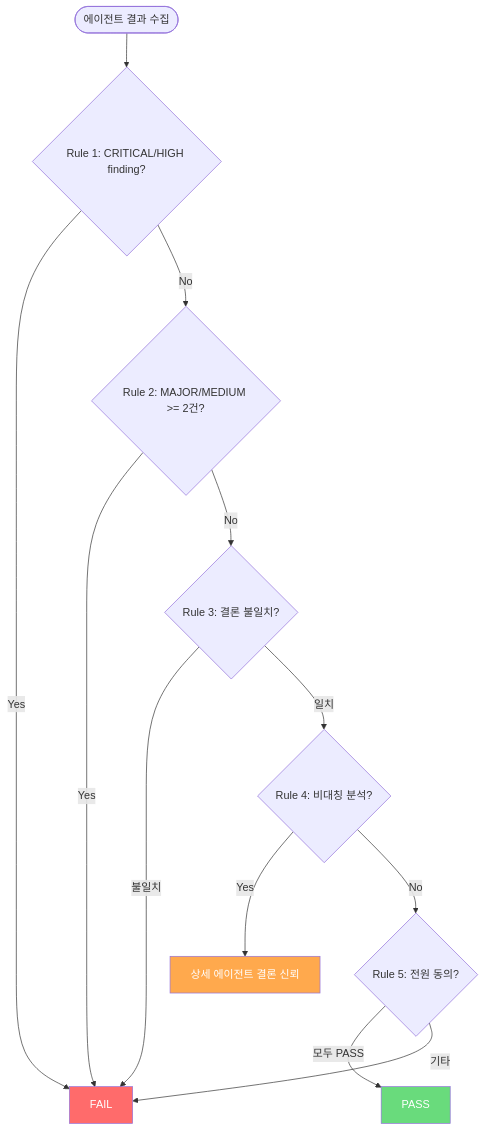
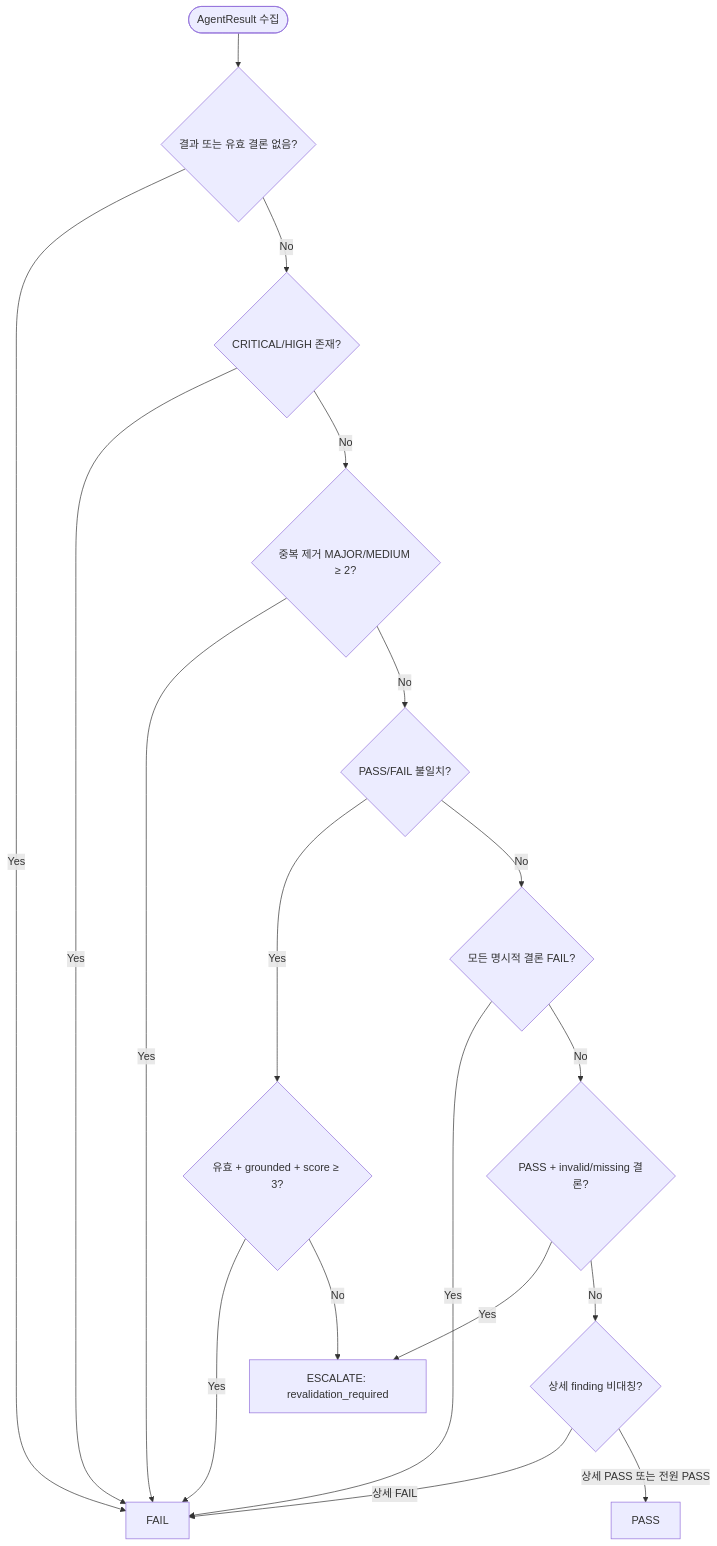
One commit to coldplay126/ai-workflow-tools changed the diagram in docs/patterns/multi-agent/02-judge-rules.md. Above: the diagram before and after it, drawn with Mermaid. The commit also changed other lines of this file and 5 other files, not shown here.

````diff
--- a/docs/patterns/multi-agent/02-judge-rules.md
+++ b/docs/patterns/multi-agent/02-judge-rules.md
@@ -11,29 +12,33 @@
 ```mermaid
 flowchart TD
-    START(["에이전트 결과 수집"])
-    R1{"Rule 1: CRITICAL/HIGH finding?"}
-    R2{"Rule 2: MAJOR/MEDIUM >= 2건?"}
-    R3{"Rule 3: 결론 불일치?"}
-    R4{"Rule 4: 비대칭 분석?"}
-    R5{"Rule 5: 전원 동의?"}
+    START(["AgentResult 수집"])
+    EMPTY{"결과 또는 유효 결론 없음?"}
+    SEV{"CRITICAL/HIGH 존재?"}
+    MAJOR{"중복 제거 MAJOR/MEDIUM ≥ 2?"}
+    DISAGREE{"PASS/FAIL 불일치?"}
+    GROUNDED{"유효 + grounded + score ≥ 3?"}
+    ALLFAIL{"모든 명시적 결론 FAIL?"}
+    INVALID{"PASS + invalid/missing 결론?"}
+    DETAIL{"상세 finding 비대칭?"}
+    PASS["PASS"]
+    FAIL["FAIL"]
+    ESCALATE["ESCALATE: revalidation_required"]
 
-    FAIL["FAIL"]
-    PASS["PASS"]
-    TRUST["상세 에이전트 결론 신뢰"]
-
-    START --> R1
-    R1 -->|Yes| FAIL
-    R1 -->|No| R2
-    R2 -->|Yes| FAIL
-    R2 -->|No| R3
-    R3 -->|불일치| FAIL
-    R3 -->|일치| R4
-    R4 -->|Yes| TRUST
-    R4 -->|No| R5
-    R5 -->|모두 PASS| PASS
-    R5 -->|기타| FAIL
-
-    style FAIL fill:#ff6b6b,color:#fff
-    style PASS fill:#69db7c,color:#fff
-    style TRUST fill:#ffa94d,color:#fff
+    START --> EMPTY
+    EMPTY -->|Yes| FAIL
+    EMPTY -->|No| SEV
+    SEV -->|Yes| FAIL
+    SEV -->|No| MAJOR
+    MAJOR -->|Yes| FAIL
+    MAJOR -->|No| DISAGREE
+    DISAGREE -->|Yes| GROUNDED
+    GROUNDED -->|Yes| FAIL
+    GROUNDED -->|No| ESCALATE
+    DISAGREE -->|No| ALLFAIL
+    ALLFAIL -->|Yes| FAIL
+    ALLFAIL -->|No| INVALID
+    INVALID -->|Yes| ESCALATE
+    INVALID -->|No| DETAIL
+    DETAIL -->|상세 FAIL| FAIL
+    DETAIL -->|상세 PASS 또는 전원 PASS| PASS
 ```
````
